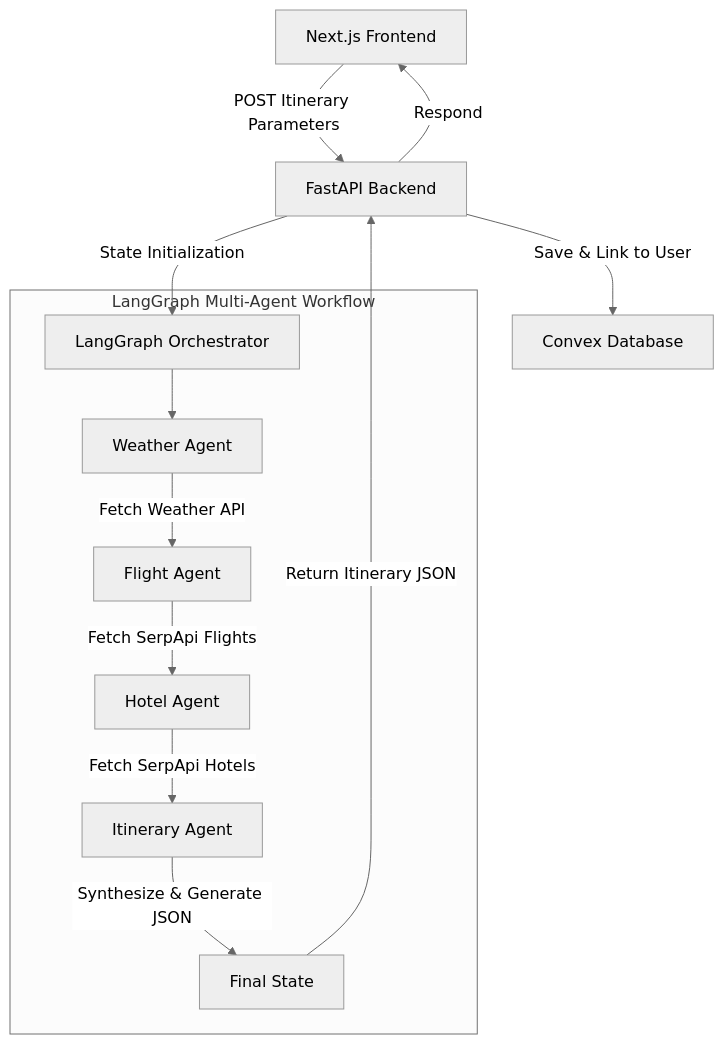
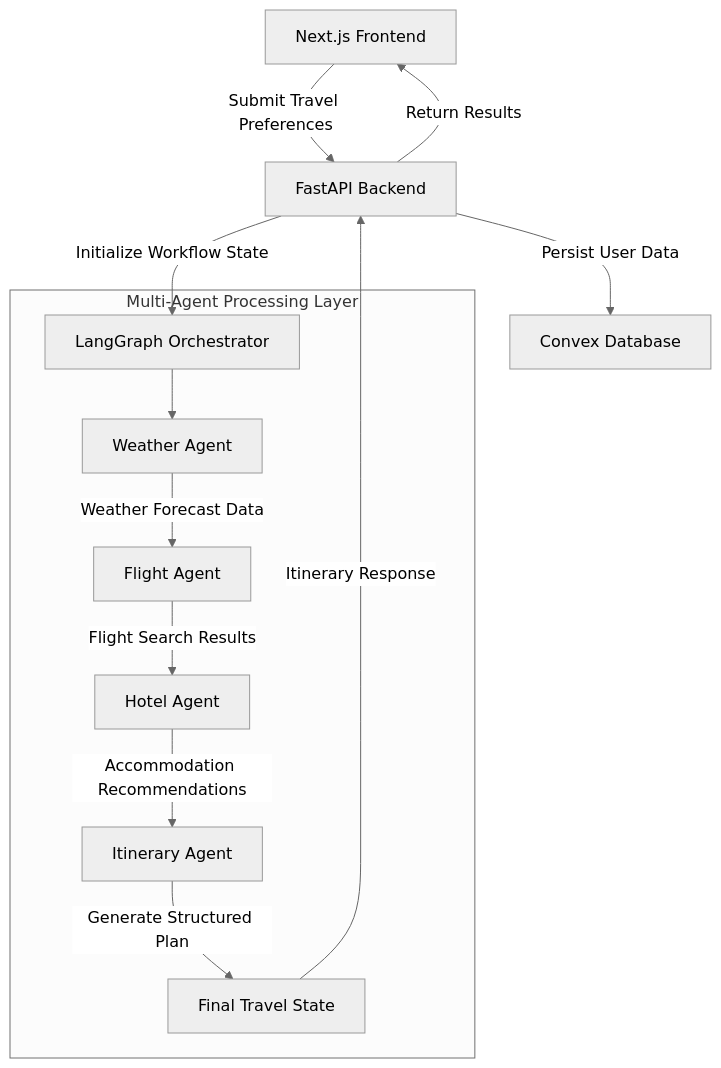
Before and after one commit to adityasingh9696/ai-trip-planner: the diagram in README.md, drawn with Mermaid (neutral theme). The commit also changed other lines of this file, not shown here.

Commit message:
Improve project overview and introduction

````diff
--- a/README.md
+++ b/README.md
@@ -81,17 +83,18 @@
 ```mermaid
 graph TD
-    A[Next.js Frontend] -->|POST Itinerary Parameters| B[FastAPI Backend]
-    B -->|State Initialization| C[LangGraph Orchestrator]
-    
-    subgraph LangGraph Multi-Agent Workflow
+    A[Next.js Frontend] -->|Submit Travel Preferences| B[FastAPI Backend]
+
+    B -->|Initialize Workflow State| C[LangGraph Orchestrator]
+
+    subgraph Multi-Agent Processing Layer
         C --> D[Weather Agent]
-        D -->|Fetch Weather API| E[Flight Agent]
-        E -->|Fetch SerpApi Flights| F[Hotel Agent]
-        F -->|Fetch SerpApi Hotels| G[Itinerary Agent]
-        G -->|Synthesize & Generate JSON| H[Final State]
+        D -->|Weather Forecast Data| E[Flight Agent]
+        E -->|Flight Search Results| F[Hotel Agent]
+        F -->|Accommodation Recommendations| G[Itinerary Agent]
+        G -->|Generate Structured Plan| H[Final Travel State]
     end
 
-    H -->|Return Itinerary JSON| B
-    B -->|Save & Link to User| I[Convex Database]
-    B -->|Respond| A
+    H -->|Itinerary Response| B
+    B -->|Persist User Data| I[Convex Database]
+    B -->|Return Results| A
 ```
````
